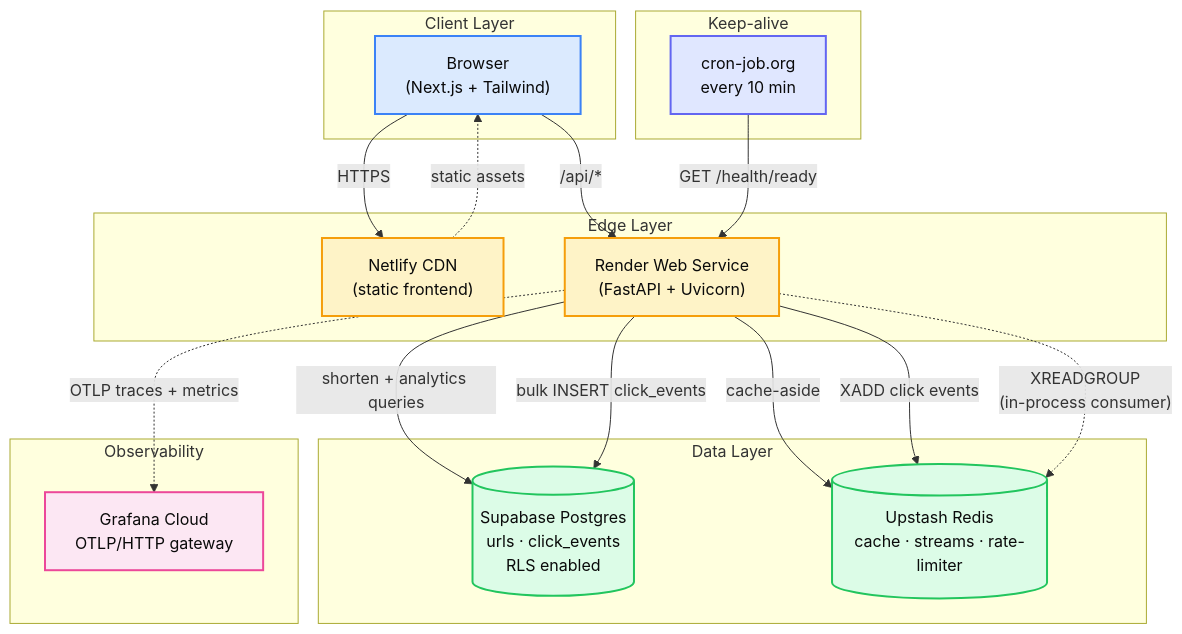
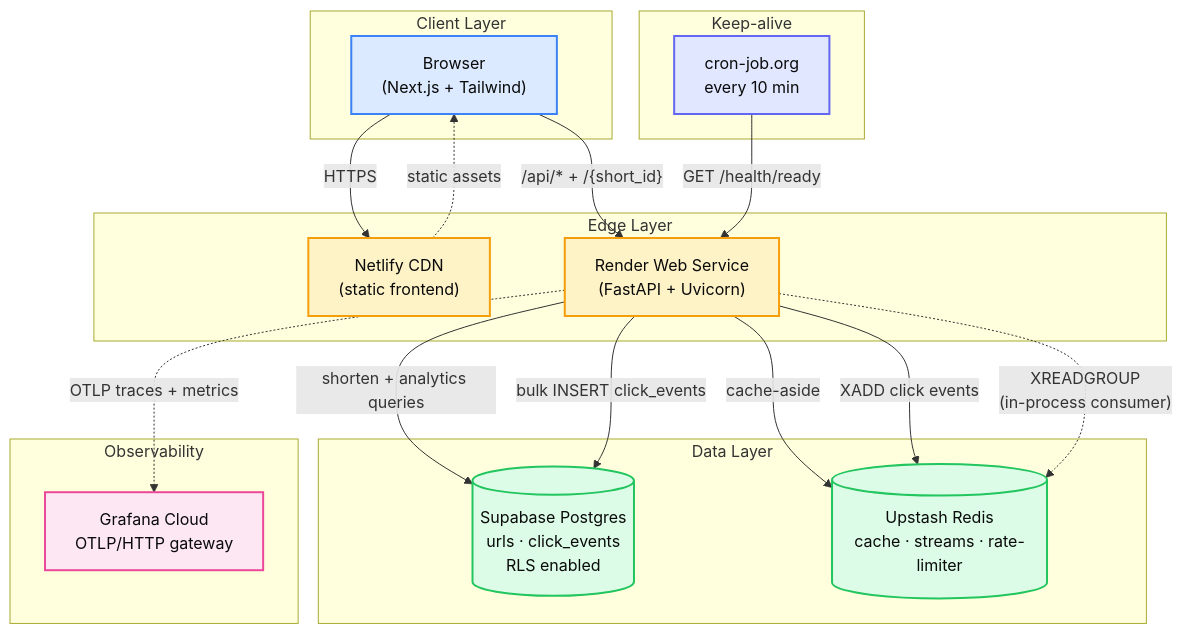
One commit to simply-mihir/SnapIT changed the first of 4 diagrams in README.md. Above: the diagram before and after it, drawn with Mermaid. The commit also changed other lines of this file, not shown here.

Commit message:
Fix HTML tags and update API endpoint in README

````diff
--- a/README.md
+++ b/README.md
@@ -94,49 +94,49 @@
 ```mermaid
 graph TB
     subgraph Client[" Client Layer"]
         Browser["Browser<br/>(Next.js + Tailwind)"]
     end
 
     subgraph Edge[" Edge Layer"]
         Netlify["Netlify CDN<br/>(static frontend)"]
         Render["Render Web Service<br/>(FastAPI + Uvicorn)"]
     end
 
     subgraph Data[" Data Layer"]
         Postgres[("Supabase Postgres<br/>urls · click_events<br/>RLS enabled")]
         Redis[("Upstash Redis<br/>cache · streams · rate-limiter")]
     end
 
     subgraph Observability[" Observability"]
         Grafana["Grafana Cloud<br/>OTLP/HTTP gateway"]
     end
 
     subgraph Automation[" Keep-alive"]
         Cron["cron-job.org<br/>every 10 min"]
     end
 
     Browser -- "HTTPS" --> Netlify
-    Browser -- "/api/* " --> Render
+    Browser -- "/api/* + /{short_id}" --> Render
     Netlify -. "static assets" .-> Browser
 
     Render -- "cache-aside" --> Redis
     Render -- "shorten + analytics queries" --> Postgres
     Render -- "XADD click events" --> Redis
     Render -. "XREADGROUP<br/>(in-process consumer)" .-> Redis
     Render -- "bulk INSERT click_events" --> Postgres
 
     Render -. "OTLP traces + metrics" .-> Grafana
 
     Cron -- "GET /health/ready" --> Render
 
     classDef client fill:#dbeafe,stroke:#3b82f6,stroke-width:2px,color:#0a0a0a
     classDef edge fill:#fef3c7,stroke:#f59e0b,stroke-width:2px,color:#0a0a0a
     classDef data fill:#dcfce7,stroke:#22c55e,stroke-width:2px,color:#0a0a0a
     classDef obs fill:#fce7f3,stroke:#ec4899,stroke-width:2px,color:#0a0a0a
     classDef auto fill:#e0e7ff,stroke:#6366f1,stroke-width:2px,color:#0a0a0a
     class Browser client
     class Netlify,Render edge
     class Postgres,Redis data
     class Grafana obs
     class Cron auto
 ```
````
